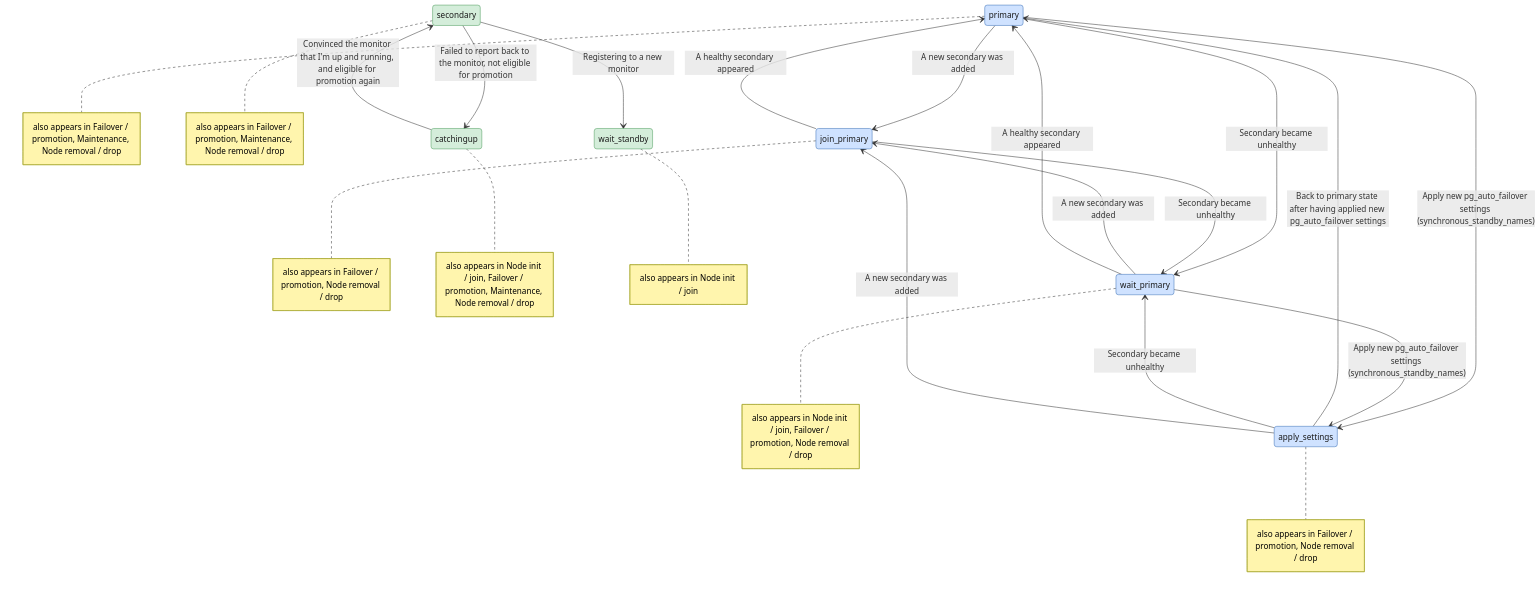
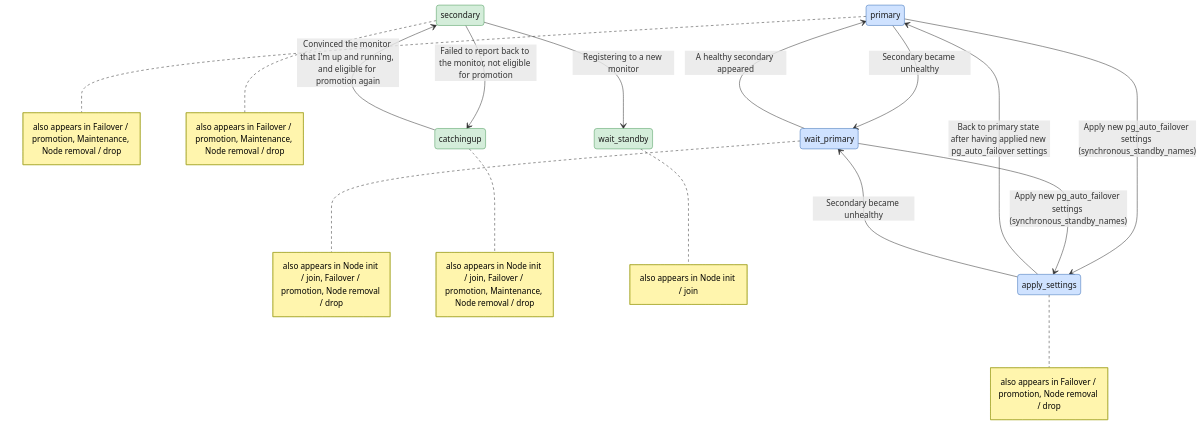
Before and after one commit to hapostgres/pg_auto_failover: the second of 5 diagrams in docs/failover-state-machine.rst, drawn with Mermaid. The commit also changed other lines of this file and 1 other file, not shown here.

First line of the commit message:
fsm mermaid: exclude the deprecated join_primary state from diagrams

```diff
--- a/docs/failover-state-machine.rst
+++ b/docs/failover-state-machine.rst
@@ -367,35 +371,28 @@
 .. mermaid::
 
    stateDiagram-v2
-       primary --> join_primary : A new secondary was added
        primary --> wait_primary : Secondary became unhealthy
-       join_primary --> wait_primary : Secondary became unhealthy
-       wait_primary --> join_primary : A new secondary was added
        wait_primary --> primary : A healthy secondary appeared
-       join_primary --> primary : A healthy secondary appeared
        secondary --> catchingup : Failed to report back to the monitor, not eligible for promotion
        catchingup --> secondary : Convinced the monitor that I'm up and running, and eligible for promotion again
        secondary --> wait_standby : Registering to a new monitor
        primary --> apply_settings : Apply new pg_auto_failover settings (synchronous_standby_names)
        wait_primary --> apply_settings : Apply new pg_auto_failover settings (synchronous_standby_names)
        apply_settings --> primary : Back to primary state after having applied new pg_auto_failover settings
        apply_settings --> wait_primary : Secondary became unhealthy
-       apply_settings --> join_primary : A new secondary was added
 
        note right of primary : also appears in Failover / promotion, Maintenance, Node removal / drop
-       note right of join_primary : also appears in Failover / promotion, Node removal / drop
        note right of wait_primary : also appears in Node init / join, Failover / promotion, Node removal / drop
        note right of secondary : also appears in Failover / promotion, Maintenance, Node removal / drop
        note right of catchingup : also appears in Node init / join, Failover / promotion, Maintenance, Node removal / drop
        note right of wait_standby : also appears in Node init / join
        note right of apply_settings : also appears in Failover / promotion, Node removal / drop
 
        classDef primaryState fill:#cfe2ff,stroke:#3b6fb6,color:#1a1a1a
        classDef secondaryState fill:#d4edda,stroke:#4c9a5b,color:#1a1a1a
        class primary primaryState
-       class join_primary primaryState
        class wait_primary primaryState
        class secondary secondaryState
        class catchingup secondaryState
        class wait_standby secondaryState
        class apply_settings primaryState
```
